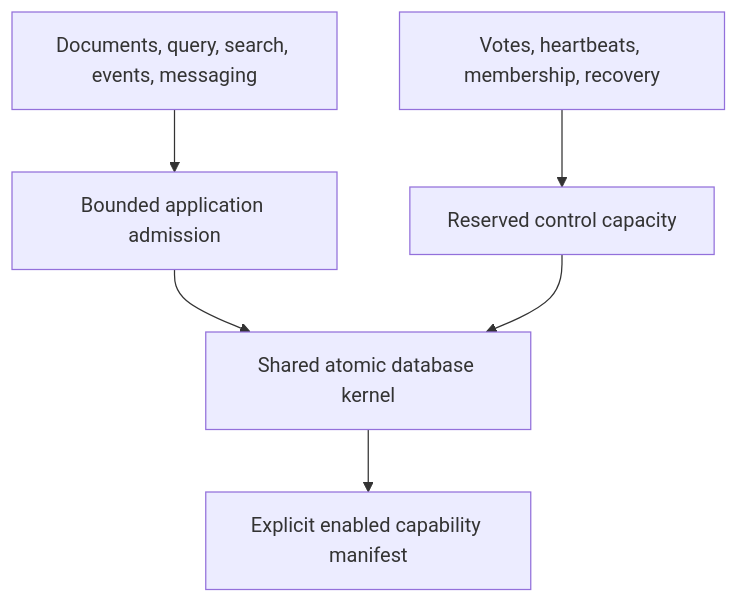
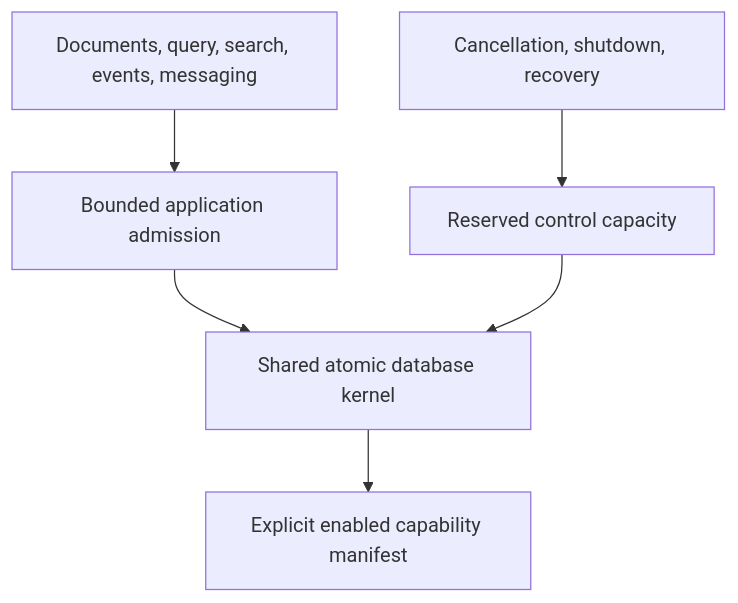
Before and after one commit to managedcode/KeyLoad: the diagram in docs/ADR/ADR-031-modular-all-in-one-resource-isolation.md, drawn with Mermaid. The commit also changed other lines of this file and 7356 other files, not shown here.

````diff
--- a/docs/ADR/ADR-031-modular-all-in-one-resource-isolation.md
+++ b/docs/ADR/ADR-031-modular-all-in-one-resource-isolation.md
@@ -11,8 +11,8 @@
 ```mermaid
 flowchart TB
     App[Documents, query, search, events, messaging] --> AppBudget[Bounded application admission]
-    Control[Votes, heartbeats, membership, recovery] --> Reserved[Reserved control capacity]
+    Control[Cancellation, shutdown, recovery] --> Reserved[Reserved control capacity]
     AppBudget --> Kernel[Shared atomic database kernel]
     Reserved --> Kernel
     Kernel --> Manifest[Explicit enabled capability manifest]
 ```
````
